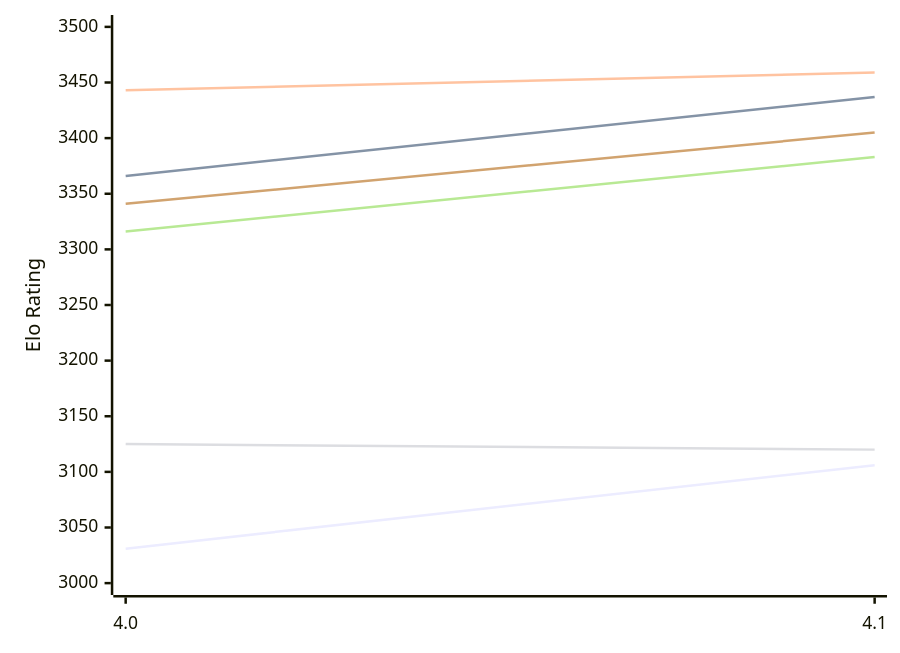
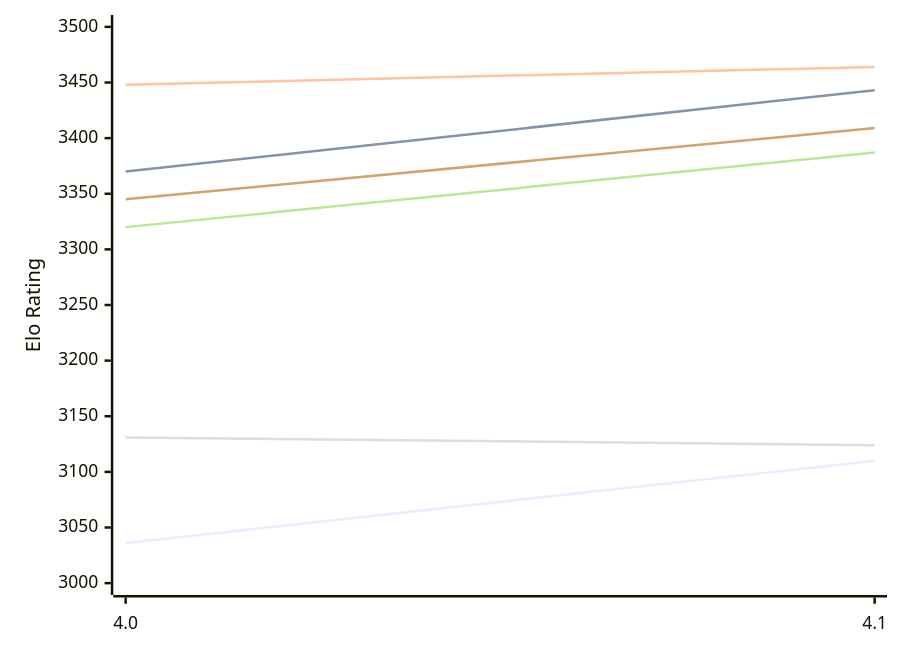
One commit to computer-chess-index/cci changed the first of 2 diagrams in engines/Eleanor.md. Above: the diagram before and after it, drawn with Mermaid. The commit also changed other lines of this file, not shown here.

Commit message:
Update CCI Ratings (ELO VLTC) - 2026-11-20

````diff
--- a/engines/Eleanor.md
+++ b/engines/Eleanor.md
@@ -51,12 +51,12 @@
 ```mermaid
 %%{init: {"theme":"base","themeVariables":{"seriesColors:['#a3a3a3','#222221','#faa371']}}}%%
 xychart-beta
   x-axis ["4.0", "4.1"]
   y-axis "Elo Rating" 3000 --> 3500
-  line "E1: STC (8.0+0.08s)" [3031, 3106]
-  line "E1: LTC (60.0+0.60s)" [3366, 3437]
-  line "E1: VLTC (2m24s+1.12s)" [3443, 3459]
-  line "P1: STC (8.0+0.08s)" [3125, 3120]
-  line "P1: LTC (60.0+0.60s)" [3316, 3383]
-  line "P1: VLTC (2m24s+1.12s)" [3341, 3405]
+  line "E1: STC (8.0+0.08s)" [3036, 3110]
+  line "E1: LTC (60.0+0.60s)" [3370, 3443]
+  line "E1: VLTC (2m24s+1.12s)" [3448, 3464]
+  line "P1: STC (8.0+0.08s)" [3131, 3124]
+  line "P1: LTC (60.0+0.60s)" [3320, 3387]
+  line "P1: VLTC (2m24s+1.12s)" [3345, 3409]
 ```
````
